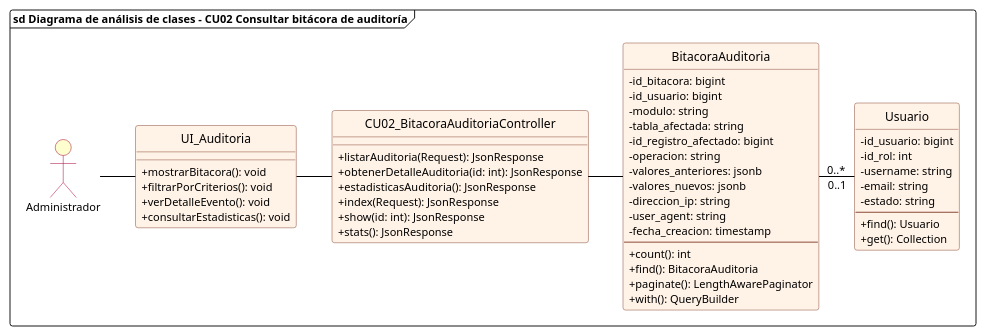
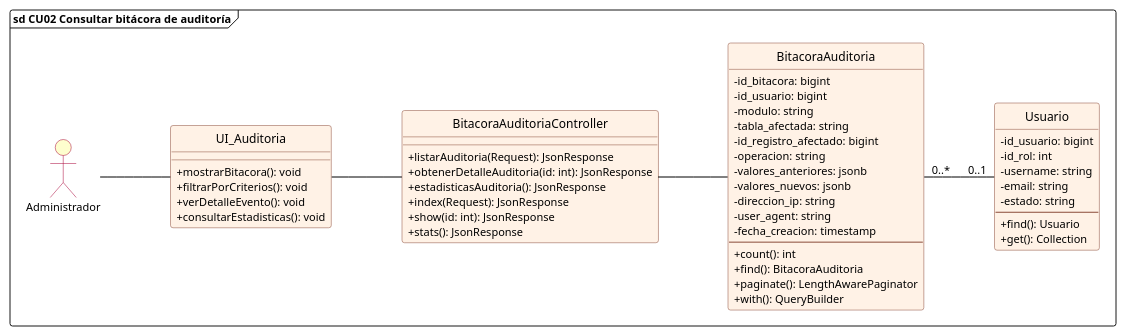
Before and after one commit to DiogoMars777/CITAS_MEDICAS: the second of 12 diagrams in diagramas/diagramas_analisis_clases_cu01_cu12.puml, drawn with PlantUML. The commit also changed other lines of this file and 13 other files, not shown here.

Commit message:
style(diagramas): simplificar titulos a CU0X, quitar prefijo CU de controladores y perfeccionar legibilidad de cardinalidad con ortogonalidad

```diff
--- a/diagramas/diagramas_analisis_clases_cu01_cu12.puml
+++ b/diagramas/diagramas_analisis_clases_cu01_cu12.puml
@@ -106,79 +109,82 @@
 @startuml cu02_analisis_consultar_bitacora
 allowmixing
 
+skinparam linetype ortho
+skinparam nodesep 70
+skinparam ranksep 60
 skinparam backgroundColor white
 skinparam defaultFontName "Segoe UI"
 skinparam defaultFontSize 11
 skinparam classFontSize 12
 skinparam classAttributeIconSize 0
 hide circle
 
 skinparam class {
     BackgroundColor #FFF2E6
     BorderColor #8A4B38
     RoundCorner 6
     HeaderBackgroundColor #FFF2E6
     ArrowColor black
 }
 
 skinparam actor {
     BackgroundColor #FEFECE
     BorderColor #A80036
 }
 
-frame "sd Diagrama de análisis de clases - CU02 Consultar bitácora de auditoría" {
+frame "sd CU02 Consultar bitácora de auditoría" {
     actor Administrador
     
     class UI_Auditoria {
         + mostrarBitacora(): void
         + filtrarPorCriterios(): void
         + verDetalleEvento(): void
         + consultarEstadisticas(): void
     }
 
-    class CU02_BitacoraAuditoriaController {
+    class BitacoraAuditoriaController {
         + listarAuditoria(Request): JsonResponse
         + obtenerDetalleAuditoria(id: int): JsonResponse
         + estadisticasAuditoria(): JsonResponse
         + index(Request): JsonResponse
         + show(id: int): JsonResponse
         + stats(): JsonResponse
     }
 
     class BitacoraAuditoria {
         - id_bitacora: bigint
         - id_usuario: bigint
         - modulo: string
         - tabla_afectada: string
         - id_registro_afectado: bigint
         - operacion: string
         - valores_anteriores: jsonb
         - valores_nuevos: jsonb
         - direccion_ip: string
         - user_agent: string
         - fecha_creacion: timestamp
         --
         + count(): int
         + find(): BitacoraAuditoria
         + paginate(): LengthAwarePaginator
         + with(): QueryBuilder
     }
 
     class Usuario {
         - id_usuario: bigint
         - id_rol: int
         - username: string
         - email: string
         - estado: string
         --
         + find(): Usuario
         + get(): Collection
     }
 
     Administrador -right- UI_Auditoria
-    UI_Auditoria -right- CU02_BitacoraAuditoriaController
-    CU02_BitacoraAuditoriaController -right- BitacoraAuditoria
+    UI_Auditoria -right- BitacoraAuditoriaController
+    BitacoraAuditoriaController -right- BitacoraAuditoria
 
-    BitacoraAuditoria "0..*" -right- "0..1" Usuario
+    BitacoraAuditoria "0..*" ---right--- "0..1" Usuario
 }
 @enduml
```
